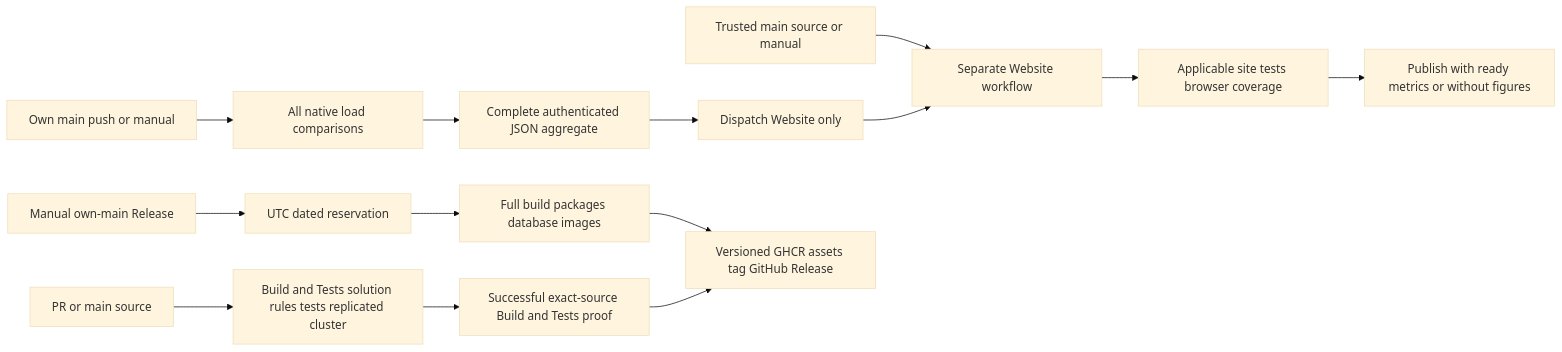
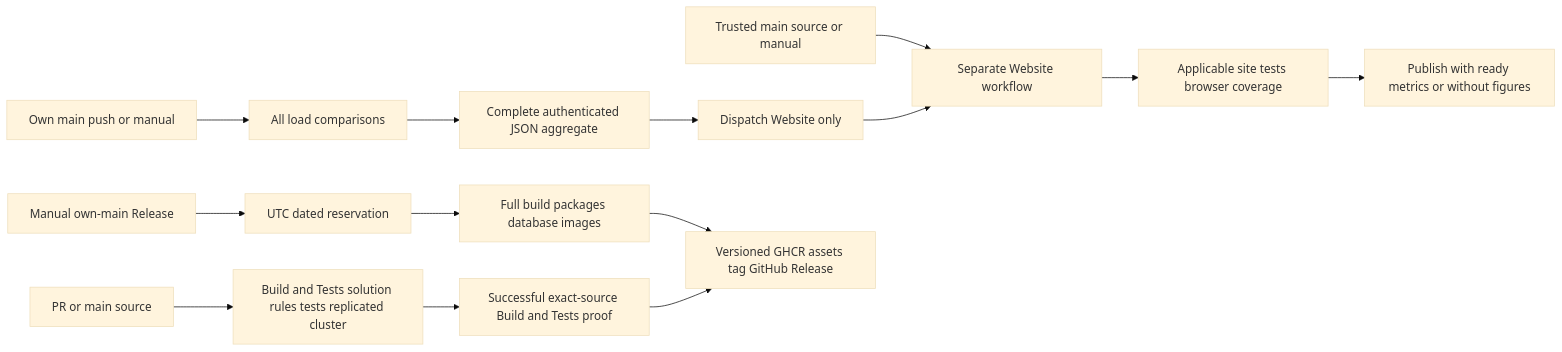
One commit to managedcode/KeyLoad changed the second of 2 diagrams in docs/Features/ReleaseDelivery.md. Above: the diagram before and after it, drawn with Mermaid (base theme). The commit also changed other lines of this file and 9016 other files, not shown here.

````diff
--- a/docs/Features/ReleaseDelivery.md
+++ b/docs/Features/ReleaseDelivery.md
@@ -53,16 +53,16 @@
 ```mermaid
 flowchart LR
     PR[PR or main source] --> CI[Build and Tests solution rules tests replicated cluster]
-    Main[Own main push or manual] --> Benchmarks[All native load comparisons]
+    Main[Own main push or manual] --> Benchmarks[All load comparisons]
     Benchmarks --> Aggregate[Complete authenticated JSON aggregate]
     WebSource[Trusted main source or manual] --> Website[Separate Website workflow]
     Aggregate --> Trigger[Dispatch Website only]
     Trigger --> Website
     Website --> Qualify[Applicable site tests browser coverage]
     Qualify --> Deploy[Publish with ready metrics or without figures]
     Manual[Manual own-main Release] --> Version[UTC dated reservation]
     Version --> Build[Full build packages database images]
     CI --> SourceGate[Successful exact-source Build and Tests proof]
     Build --> Publish[Versioned GHCR assets tag GitHub Release]
     SourceGate --> Publish
 ```
````
